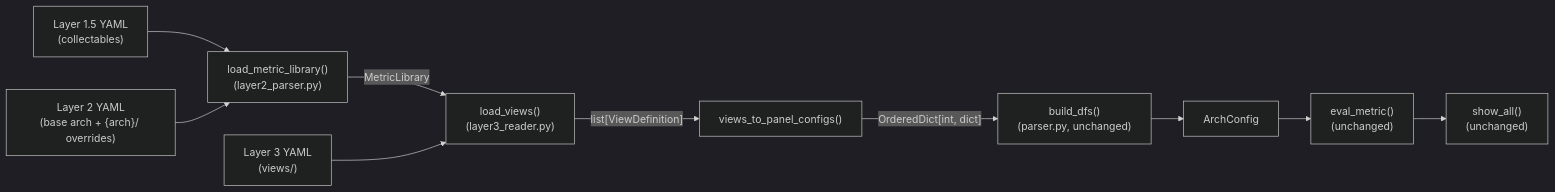
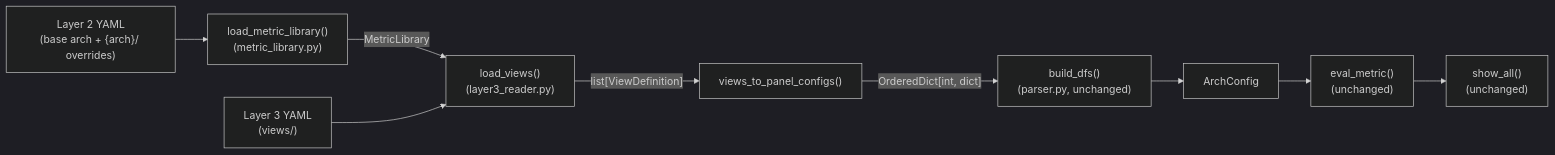
Before and after one commit to ROCm/rocm-systems: the third of 6 diagrams in projects/rocprofiler-compute/docs/design/analysis-config-redesign/lld-index.md, drawn with Mermaid (dark theme). The commit also changed other lines of this file and 5 other files, not shown here.

First line of the commit message:
docs(rocprofiler-compute): Describe the metric library design

````diff
--- a/projects/rocprofiler-compute/docs/design/analysis-config-redesign/lld-index.md
+++ b/projects/rocprofiler-compute/docs/design/analysis-config-redesign/lld-index.md
@@ -88,23 +91,21 @@
 ```mermaid
 flowchart LR
-    L15["Layer 1.5 YAML<br/>(collectables)"]
     L2["Layer 2 YAML<br/>(base arch + {arch}/ overrides)"]
     L3["Layer 3 YAML<br/>(views/)"]
-    LML["load_metric_library()<br/>(layer2_parser.py)"]
+    LML["load_metric_library()<br/>(metric_library.py)"]
     LV["load_views()<br/>(layer3_reader.py)"]
     V2P["views_to_panel_configs()"]
     BD["build_dfs()<br/>(parser.py, unchanged)"]
     AC["ArchConfig"]
     EM["eval_metric()<br/>(unchanged)"]
     SA["show_all()<br/>(unchanged)"]
 
-    L15 --> LML
     L2 --> LML
     LML -->|MetricLibrary| LV
     L3 --> LV
     LV -->|"list[ViewDefinition]"| V2P
     V2P -->|"OrderedDict[int, dict]"| BD
     BD --> AC
     AC --> EM
     EM --> SA
 ```
````
